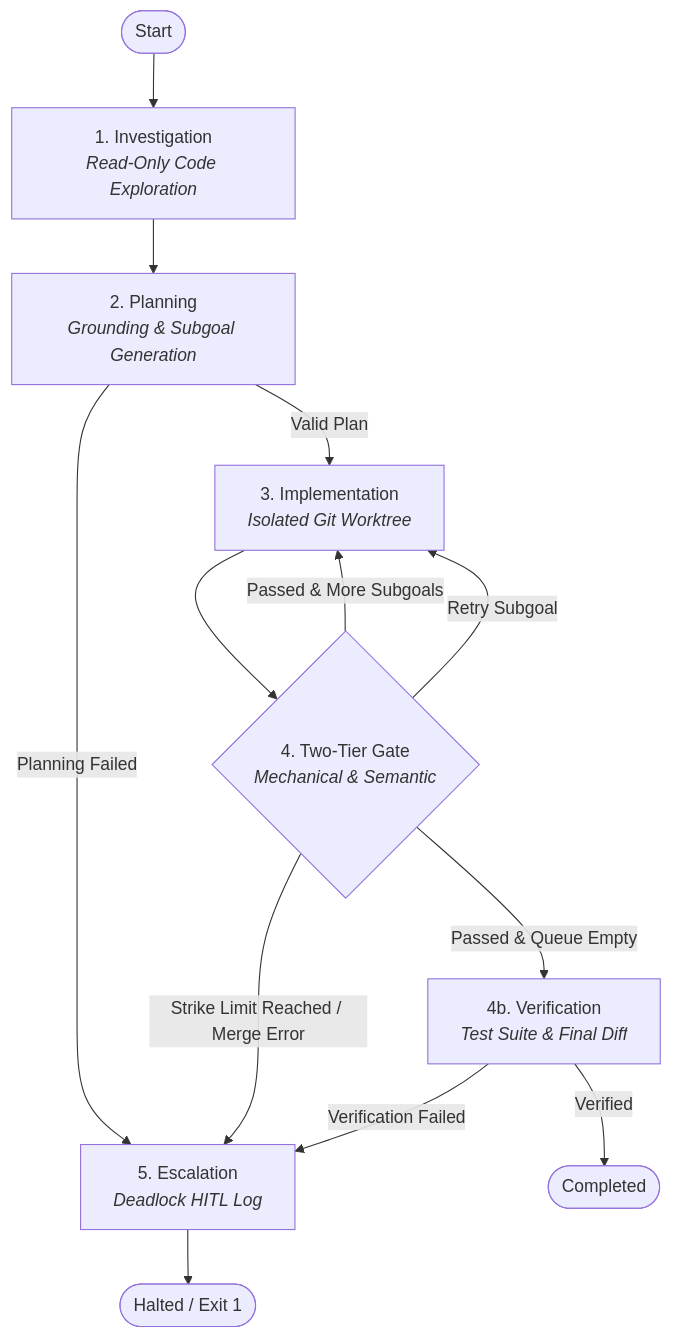
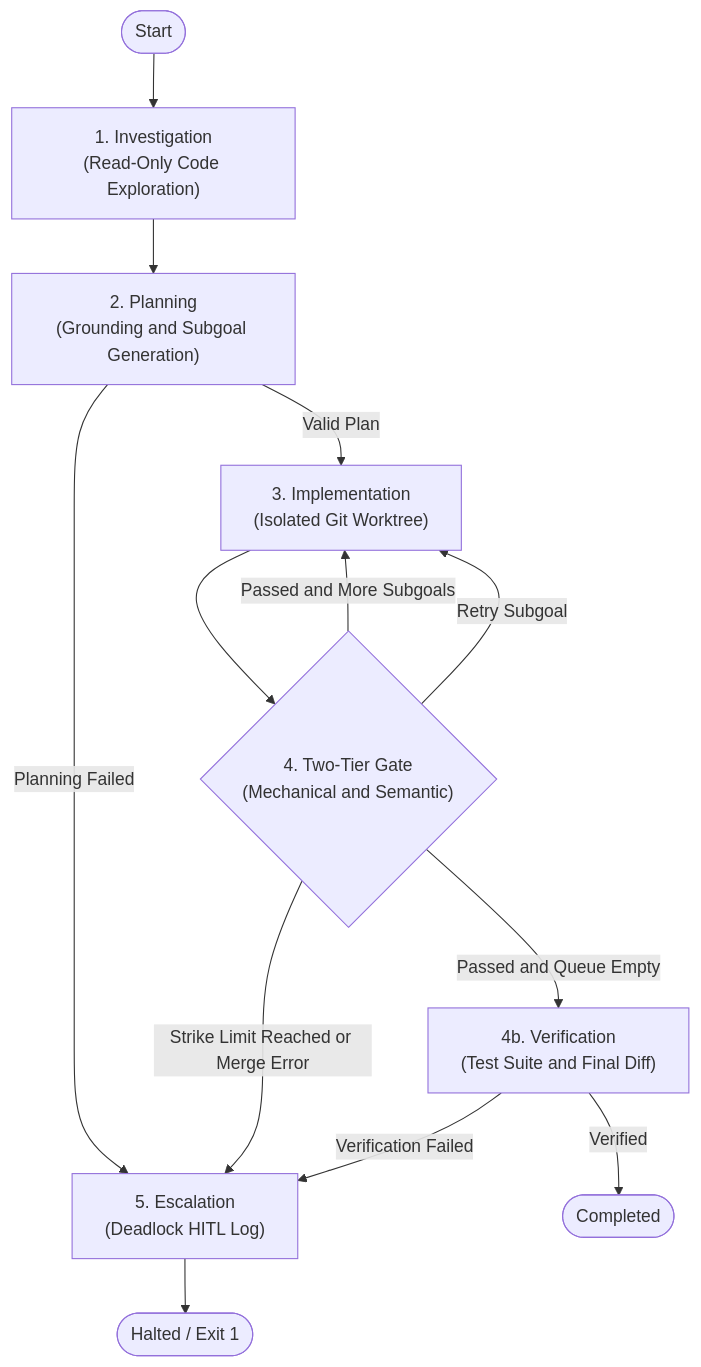
One commit to Parul077/jev-state-engine changed the first of 2 diagrams in README.md. Above: the diagram before and after it, drawn with Mermaid. The commit also changed other lines of this file, not shown here.

Commit message:
docs(readme): fix mermaid syntax for github rich display rendering

````diff
--- a/README.md
+++ b/README.md
@@ -5,20 +5,20 @@
 ```mermaid
 flowchart TD
-    START([Start]) --> Investigate["1. Investigation<br/><i>Read-Only Code Exploration</i>"]
-    Investigate --> Plan["2. Planning<br/><i>Grounding & Subgoal Generation</i>"]
+    START([Start]) --> Investigate["1. Investigation<br/>(Read-Only Code Exploration)"]
+    Investigate --> Plan["2. Planning<br/>(Grounding and Subgoal Generation)"]
     
-    Plan -->|Valid Plan| Implement["3. Implementation<br/><i>Isolated Git Worktree</i>"]
-    Plan -->|Planning Failed| Escalate["5. Escalation<br/><i>Deadlock HITL Log</i>"]
+    Plan -->|Valid Plan| Implement["3. Implementation<br/>(Isolated Git Worktree)"]
+    Plan -->|Planning Failed| Escalate["5. Escalation<br/>(Deadlock HITL Log)"]
     
-    Implement --> Gate{"4. Two-Tier Gate<br/><i>Mechanical & Semantic</i>"}
+    Implement --> Gate{"4. Two-Tier Gate<br/>(Mechanical and Semantic)"}
     
-    Gate -->|Passed & More Subgoals| Implement
-    Gate -->|Passed & Queue Empty| Verify["4b. Verification<br/><i>Test Suite & Final Diff</i>"]
-    Gate -->|Strike Limit Reached / Merge Error| Escalate
+    Gate -->|Passed and More Subgoals| Implement
+    Gate -->|Passed and Queue Empty| Verify["4b. Verification<br/>(Test Suite and Final Diff)"]
+    Gate -->|Strike Limit Reached or Merge Error| Escalate
     Gate -->|Retry Subgoal| Implement
     
     Verify -->|Verified| END([Completed])
     Verify -->|Verification Failed| Escalate
     
     Escalate --> END_FAIL([Halted / Exit 1])
 ```
````
